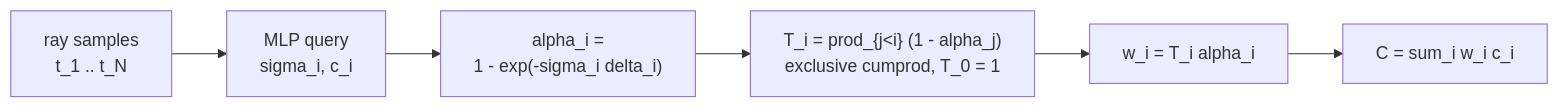
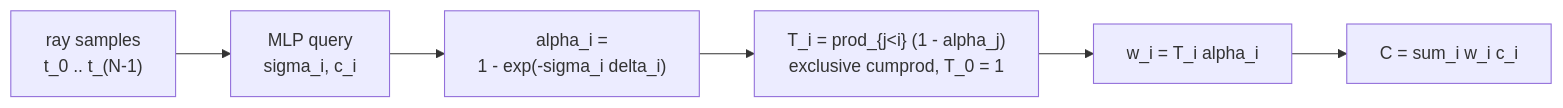
One commit to tanmaniac/nanovision changed the first of 2 diagrams in assignments/a09_nerf/README.md. Above: the diagram before and after it, drawn with Mermaid. The commit also changed other lines of this file and 29 other files, not shown here.

````diff
--- a/assignments/a09_nerf/README.md
+++ b/assignments/a09_nerf/README.md
@@ -103,8 +156,8 @@
 ```mermaid
 flowchart LR
-  R["ray samples<br/>t_1 .. t_N"] --> M["MLP query<br/>sigma_i, c_i"]
+  R["ray samples<br/>t_0 .. t_(N-1)"] --> M["MLP query<br/>sigma_i, c_i"]
   M --> A["alpha_i =<br/>1 - exp(-sigma_i delta_i)"]
   A --> T["T_i = prod_{j&lt;i} (1 - alpha_j)<br/>exclusive cumprod, T_0 = 1"]
   T --> W["w_i = T_i alpha_i"]
   W --> C["C = sum_i w_i c_i"]
 ```
````
